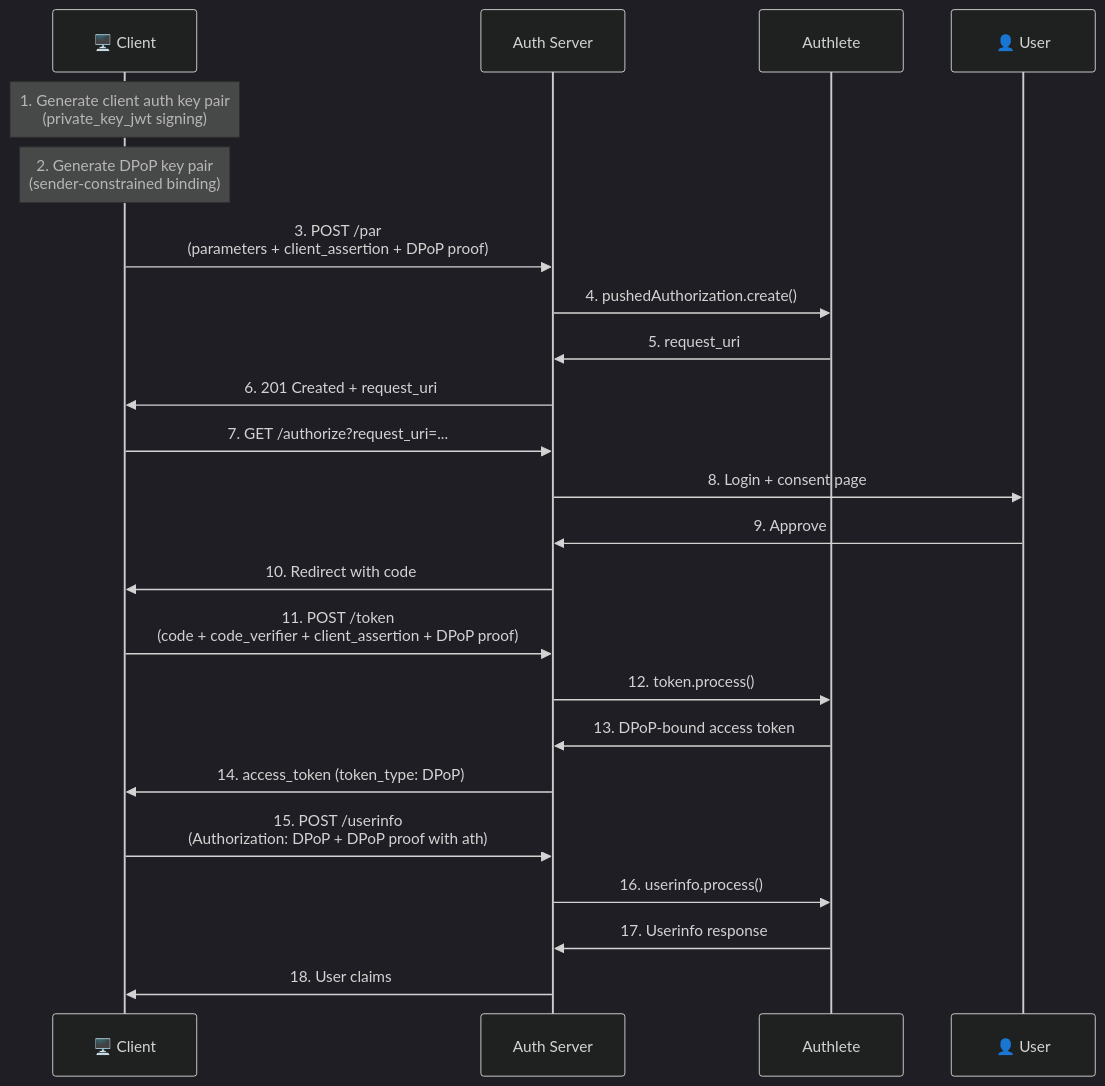
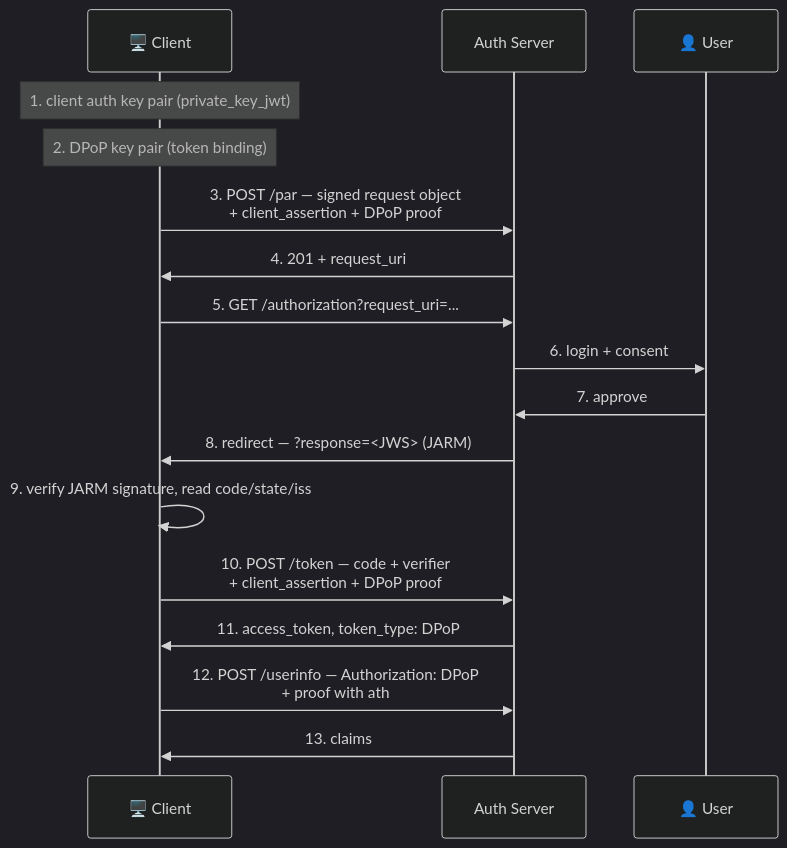
The seventh of 7 diagrams in docs/FAPI-TUTORIAL.md (blackadi/OAUTH2.0), drawn with Mermaid before and after one commit. The commit also changed other lines of this file and 1 other file, not shown here.

First line of the commit message:
docs(fapi): rewrite the tutorial around the flow that now works

````diff
--- a/docs/FAPI-TUTORIAL.md
+++ b/docs/FAPI-TUTORIAL.md
@@ -330,31 +334,25 @@
 ```mermaid
 %%{init: {'theme': 'dark'}}%%
 sequenceDiagram
     participant Client as 🖥️ Client
     participant AS as Auth Server
-    participant Authlete
     participant User as 👤 User
 
-    Note over Client: 1. Generate client auth key pair<br/>(private_key_jwt signing)
-    Note over Client: 2. Generate DPoP key pair<br/>(sender-constrained binding)
+    Note over Client: 1. client auth key pair (private_key_jwt)
+    Note over Client: 2. DPoP key pair (token binding)
 
-    Client->>AS: 3. POST /par<br/>(parameters + client_assertion + DPoP proof)
-    AS->>Authlete: 4. pushedAuthorization.create()
-    Authlete->>AS: 5. request_uri
-    AS->>Client: 6. 201 Created + request_uri
+    Client->>AS: 3. POST /par — signed request object<br/>+ client_assertion + DPoP proof
+    AS->>Client: 4. 201 + request_uri
 
-    Client->>AS: 7. GET /authorize?request_uri=...
-    AS->>User: 8. Login + consent page
-    User->>AS: 9. Approve
-    AS->>Client: 10. Redirect with code
+    Client->>AS: 5. GET /authorization?request_uri=...
+    AS->>User: 6. login + consent
+    User->>AS: 7. approve
+    AS->>Client: 8. redirect — ?response=<JWS> (JARM)
 
-    Client->>AS: 11. POST /token<br/>(code + code_verifier + client_assertion + DPoP proof)
-    AS->>Authlete: 12. token.process()
-    Authlete->>AS: 13. DPoP-bound access token
-    AS->>Client: 14. access_token (token_type: DPoP)
+    Client->>Client: 9. verify JARM signature, read code/state/iss
+    Client->>AS: 10. POST /token — code + verifier<br/>+ client_assertion + DPoP proof
+    AS->>Client: 11. access_token, token_type: DPoP
 
-    Client->>AS: 15. POST /userinfo<br/>(Authorization: DPoP + DPoP proof with ath)
-    AS->>Authlete: 16. userinfo.process()
-    Authlete->>AS: 17. Userinfo response
-    AS->>Client: 18. User claims
+    Client->>AS: 12. POST /userinfo — Authorization: DPoP<br/>+ proof with ath
+    AS->>Client: 13. claims
 ```
````
